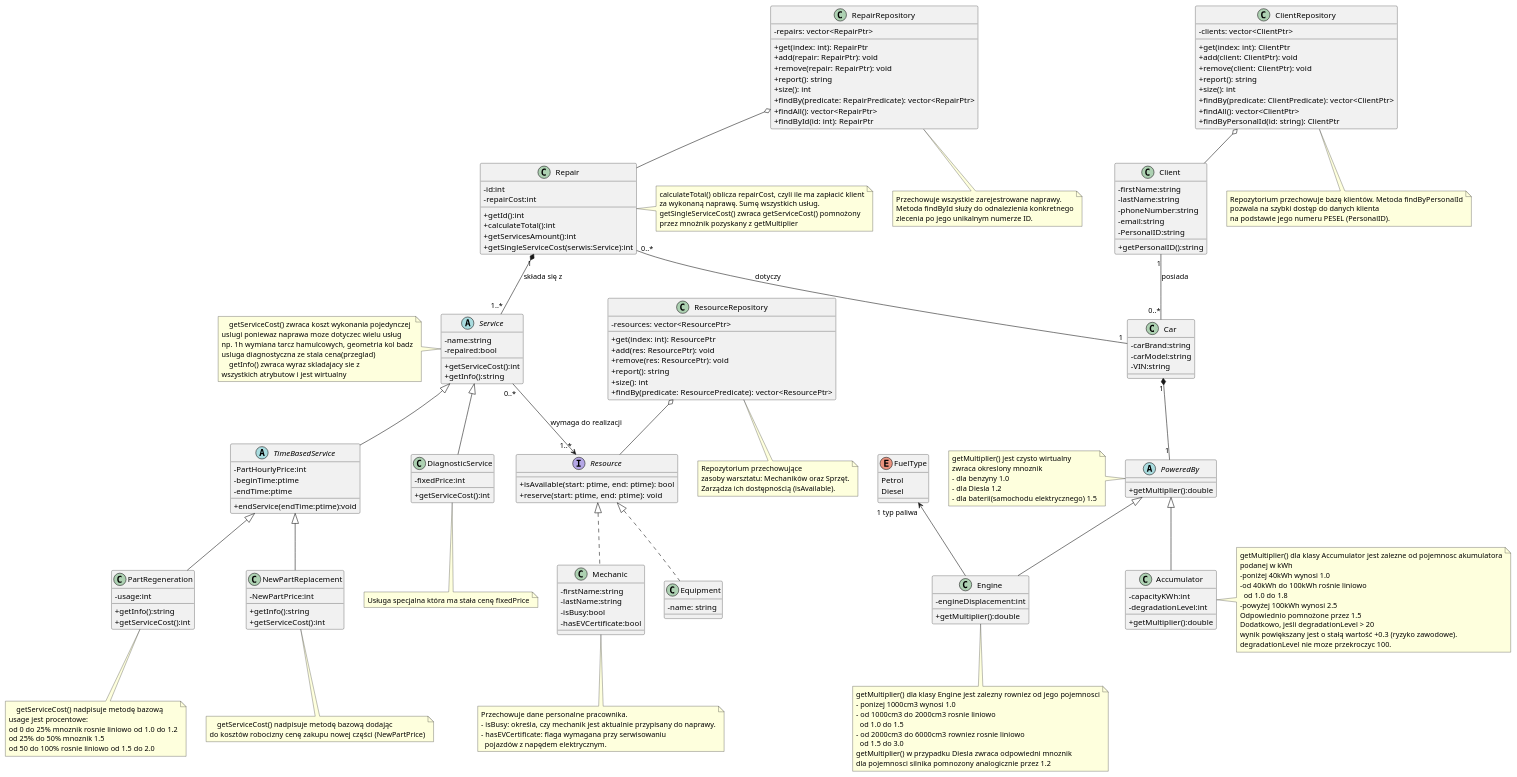
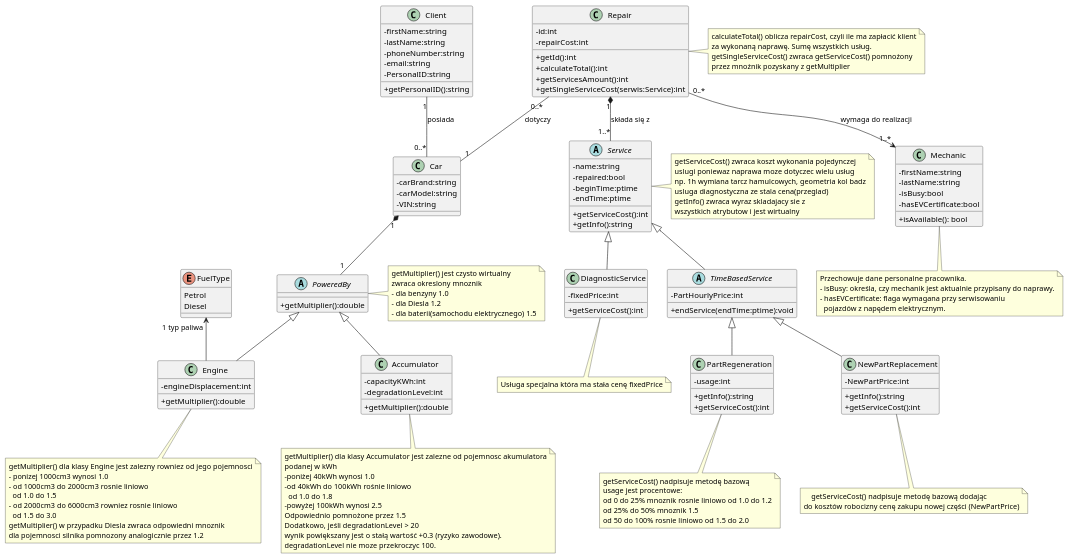
The diagram in uml/car_service.puml (cyps0nik/pobi26), drawn with PlantUML before and after one commit. The commit also changed 1 other file, not shown here.

Commit message:
Aktualizacja UMLA - dodanie dodatkowego pliku pokazującego relacje repozytoriów oraz zarządców i poprawa car_service

```diff
--- a/uml/car_service.puml
+++ b/uml/car_service.puml
@@ -7,8 +8,7 @@
 - carModel:string
 - VIN:string
 }
-'kropeczka
-'druga kropeczka
+
 class Client {
 - firstName:string
 - lastName:string
@@ -21,22 +21,22 @@
 abstract class Service {
   -name:string
   -repaired:bool
+  -beginTime:ptime
+  -endTime:ptime
   +getServiceCost():int
   +getInfo():string
 }
-note left of Service
-    getServiceCost() zwraca koszt wykonania pojedynczej
+note right of Service
+getServiceCost() zwraca koszt wykonania pojedynczej
 uslugi poniewaz naprawa moze dotyczec wielu usług
 np. 1h wymiana tarcz hamulcowych, geometria kol badz
 usluga diagnostyczna ze stala cena(przeglad)
-    getInfo() zwraca wyraz skladajacy sie z
+getInfo() zwraca wyraz skladajacy sie z
 wszystkich atrybutow i jest wirtualny
 end note
 
 abstract class TimeBasedService {
   -PartHourlyPrice:int
-  -beginTime:ptime
-  -endTime:ptime
   +endService(endTime:ptime):void
 }
 
@@ -54,7 +54,7 @@
 +getServiceCost():int
 }
 note bottom of PartRegeneration
-    getServiceCost() nadpisuje metodę bazową
+getServiceCost() nadpisuje metodę bazową
 usage jest procentowe:
 od 0 do 25% mnoznik rosnie liniowo od 1.0 do 1.2
 od 25% do 50% mnoznik 1.5
@@ -121,7 +121,7 @@
 -degradationLevel:int
 +getMultiplier():double
 }
-note right of Accumulator
+note bottom of Accumulator
 getMultiplier() dla klasy Accumulator jest zalezne od pojemnosc akumulatora
 podanej w kWh
 -poniżej 40kWh wynosi 1.0
@@ -134,16 +134,12 @@
 degradationLevel nie moze przekroczyc 100.
 end note
 
-interface Resource {
-  +isAvailable(start: ptime, end: ptime): bool
-  +reserve(start: ptime, end: ptime): void
-}
-
-class Mechanic implements Resource {
+class Mechanic {
   -firstName:string
   -lastName:string
   -isBusy:bool
   -hasEVCertificate:bool
+  +isAvailable(): bool
 }
 note bottom of Mechanic
     Przechowuje dane personalne pracownika.
@@ -152,58 +148,6 @@
       pojazdów z napędem elektrycznym.
 end note
 
-class Equipment implements Resource {
-  -name: string
-}
-
-class ClientRepository {
-  -clients: vector<ClientPtr>
-  +get(index: int): ClientPtr
-  +add(client: ClientPtr): void
-  +remove(client: ClientPtr): void
-  +report(): string
-  +size(): int
-  +findBy(predicate: ClientPredicate): vector<ClientPtr>
-  +findAll(): vector<ClientPtr>
-  +findByPersonalId(id: string): ClientPtr
-}
-note bottom of ClientRepository
-  Repozytorium przechowuje bazę klientów. Metoda findByPersonalId
-  pozwala na szybki dostęp do danych klienta
-  na podstawie jego numeru PESEL (PersonalID).
-end note
-
-class RepairRepository {
-  -repairs: vector<RepairPtr>
-  +get(index: int): RepairPtr
-  +add(repair: RepairPtr): void
-  +remove(repair: RepairPtr): void
-  +report(): string
-  +size(): int
-  +findBy(predicate: RepairPredicate): vector<RepairPtr>
-  +findAll(): vector<RepairPtr>
-  +findById(id: int): RepairPtr
-}
-note bottom of RepairRepository
-  Przechowuje wszystkie zarejestrowane naprawy.
-  Metoda findById służy do odnalezienia konkretnego
-  zlecenia po jego unikalnym numerze ID.
-end note
-
-class ResourceRepository {
-  -resources: vector<ResourcePtr>
-  +get(index: int): ResourcePtr
-  +add(res: ResourcePtr): void
-  +remove(res: ResourcePtr): void
-  +report(): string
-  +size(): int
-  +findBy(predicate: ResourcePredicate): vector<ResourcePtr>
-}
-note bottom of ResourceRepository
-  Repozytorium przechowujące
-  zasoby warsztatu: Mechaników oraz Sprzęt.
-  Zarządza ich dostępnością (isAvailable).
-end note
 
 ' <--- RELACJE --->
 
@@ -220,12 +164,6 @@
 TimeBasedService <|-- PartRegeneration
 Service <|-- TimeBasedService
 
-' Relacje z repozytoriami
-ClientRepository o-- Client
-RepairRepository o-- Repair
-ResourceRepository o-- Resource
-
-' Relacja użycia zasobów przez usługi
-Service "0..*" --> "1..*" Resource : wymaga do realizacji
+Repair "0..*" --> "1..*" Mechanic : wymaga do realizacji
 
 @enduml
```
